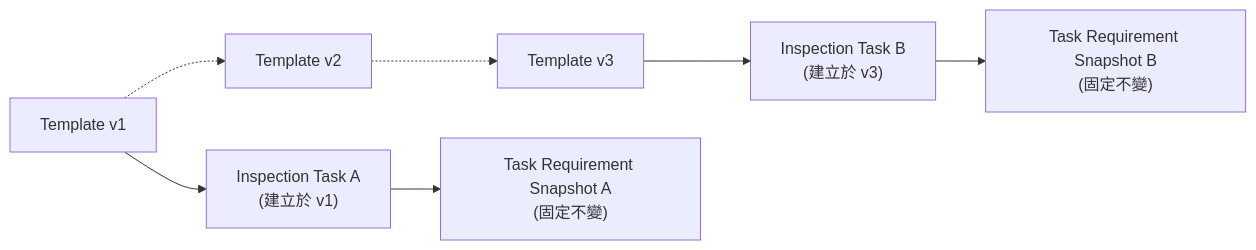
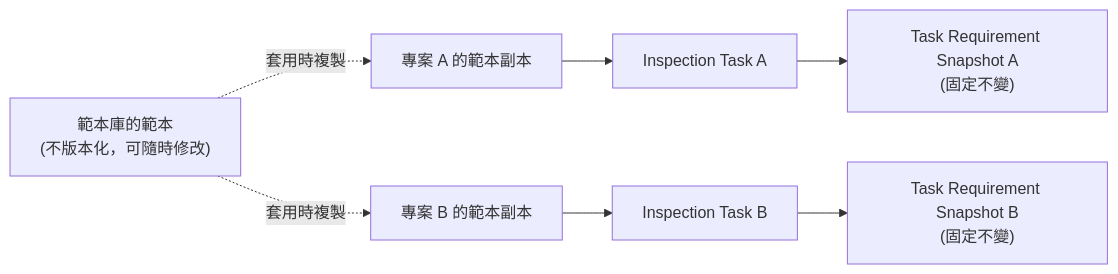
Before and after one commit to speko-tw/inspect-flow: the second of 5 diagrams in docs/intents/02-principles.md, drawn with Mermaid. The commit also changed other lines of this file and 1 other file, not shown here.

````diff
--- a/docs/intents/02-principles.md
+++ b/docs/intents/02-principles.md
@@ -111,8 +113,9 @@
 ```mermaid
 graph LR
-  T1["Template v1"] -.-> T2["Template v2"] -.-> T3["Template v3"]
-  T1 --> TaskA["Inspection Task A<br/>(建立於 v1)"]
+  T["範本庫的範本<br/>(不版本化，可隨時修改)"] -.->|"套用時複製"| PA["專案 A 的範本副本"]
+  T -.->|"套用時複製"| PB["專案 B 的範本副本"]
+  PA --> TaskA["Inspection Task A"]
   TaskA --> SnapA["Task Requirement Snapshot A<br/>(固定不變)"]
-  T3 --> TaskB["Inspection Task B<br/>(建立於 v3)"]
+  PB --> TaskB["Inspection Task B"]
   TaskB --> SnapB["Task Requirement Snapshot B<br/>(固定不變)"]
 ```
````
